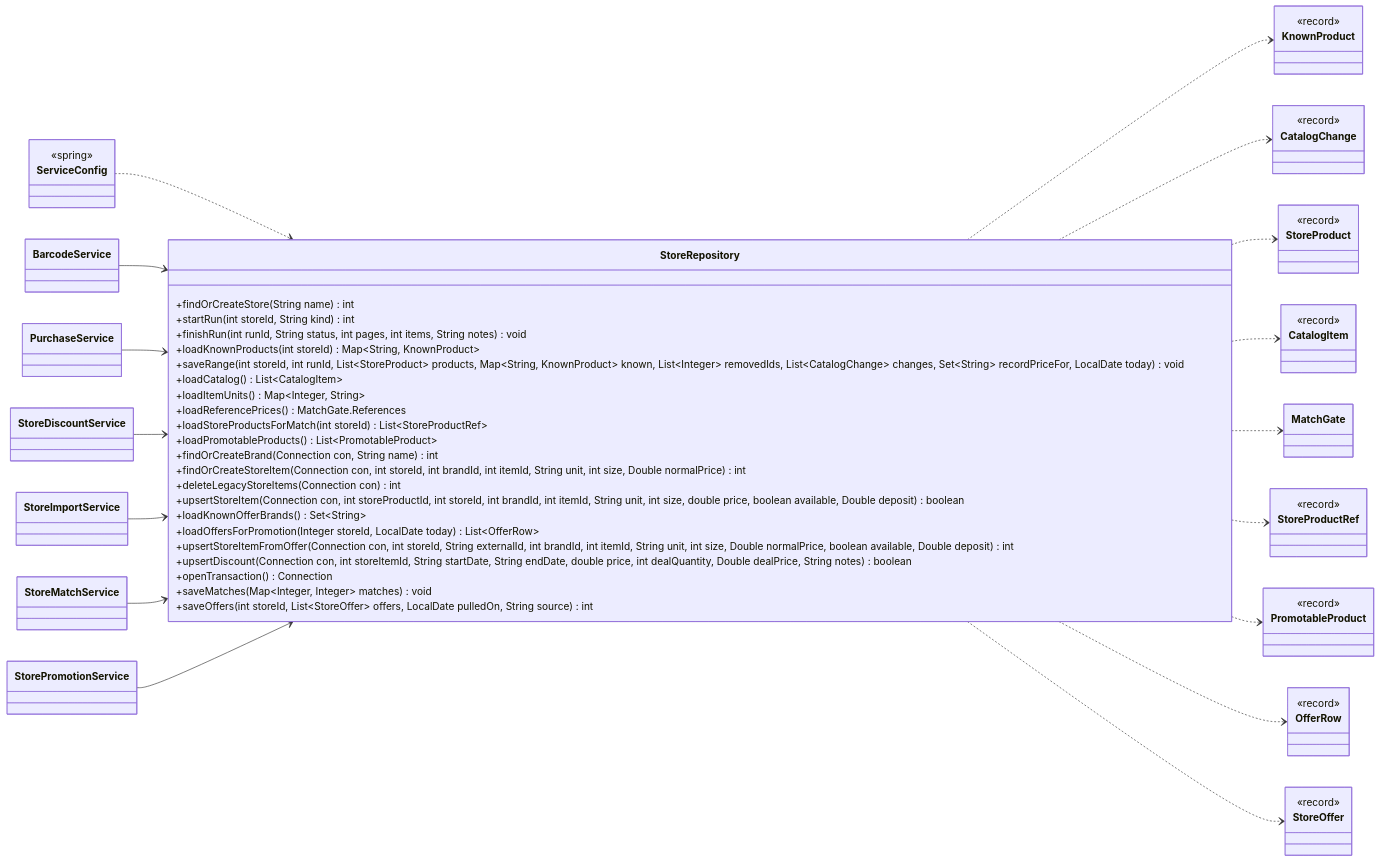
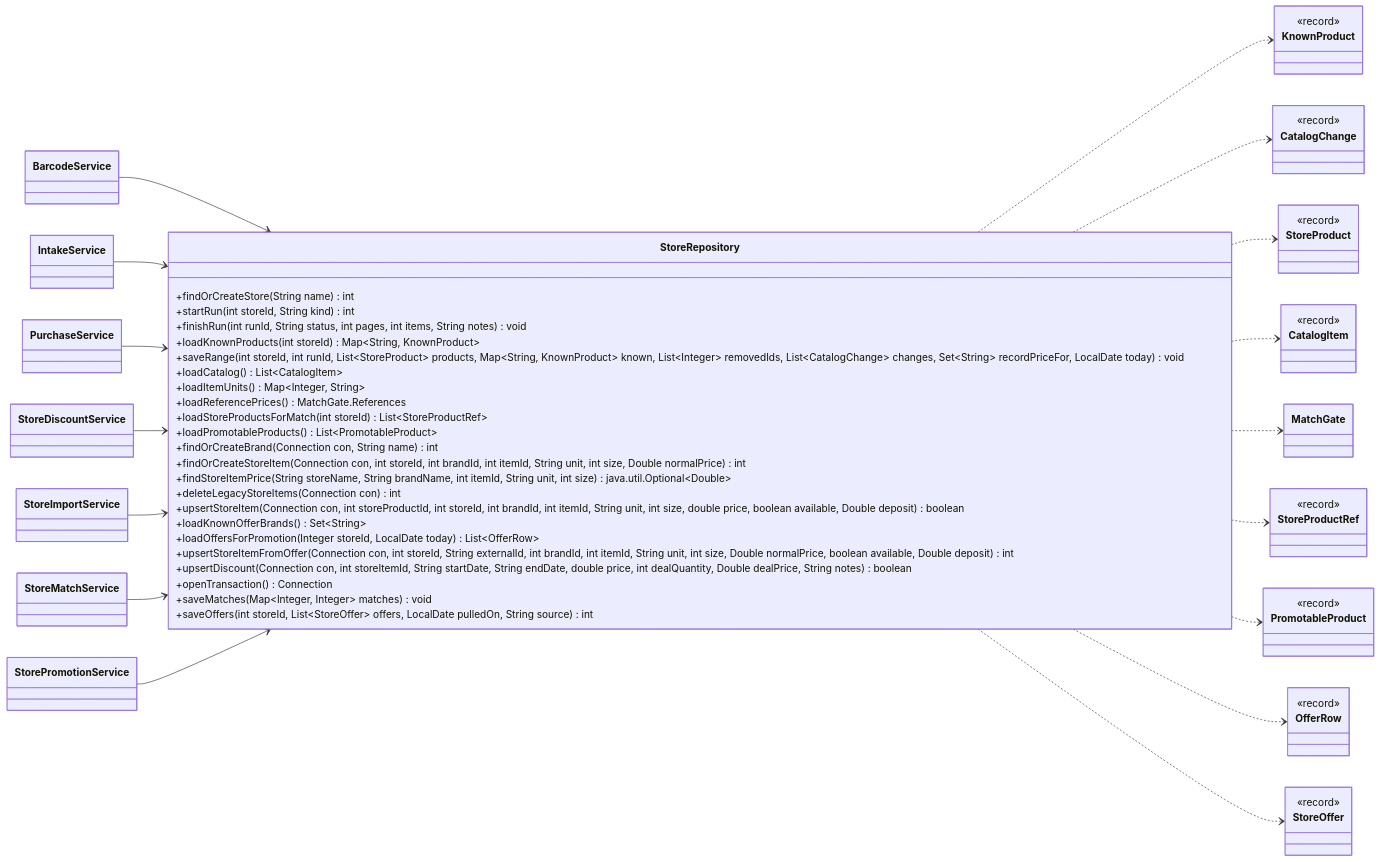
Before and after one commit to Nate-ryan-7690/dahaem: diagram 47 of 48 in docs/classes/stores.md, drawn with Mermaid. The commit also changed other lines of this file and 6 other files, not shown here.

````diff
--- a/docs/classes/stores.md
+++ b/docs/classes/stores.md
@@ -2385,77 +2385,77 @@
 ```mermaid
 classDiagram
     direction LR
     class stores_StoreRepository["StoreRepository"] {
         +findOrCreateStore(String name) int
         +startRun(int storeId, String kind) int
         +finishRun(int runId, String status, int pages, int items, String notes) void
         +loadKnownProducts(int storeId) Map~String, KnownProduct~
         +saveRange(int storeId, int runId, List~StoreProduct~ products, Map~String, KnownProduct~ known, List~Integer~ removedIds, List~CatalogChange~ changes, Set~String~ recordPriceFor, LocalDate today) void
         +loadCatalog() List~CatalogItem~
         +loadItemUnits() Map~Integer, String~
         +loadReferencePrices() MatchGate.References
         +loadStoreProductsForMatch(int storeId) List~StoreProductRef~
         +loadPromotableProducts() List~PromotableProduct~
         +findOrCreateBrand(Connection con, String name) int
         +findOrCreateStoreItem(Connection con, int storeId, int brandId, int itemId, String unit, int size, Double normalPrice) int
+        +findStoreItemPrice(String storeName, String brandName, int itemId, String unit, int size) java.util.Optional~Double~
         +deleteLegacyStoreItems(Connection con) int
         +upsertStoreItem(Connection con, int storeProductId, int storeId, int brandId, int itemId, String unit, int size, double price, boolean available, Double deposit) boolean
         +loadKnownOfferBrands() Set~String~
         +loadOffersForPromotion(Integer storeId, LocalDate today) List~OfferRow~
         +upsertStoreItemFromOffer(Connection con, int storeId, String externalId, int brandId, int itemId, String unit, int size, Double normalPrice, boolean available, Double deposit) int
         +upsertDiscount(Connection con, int storeItemId, String startDate, String endDate, double price, int dealQuantity, Double dealPrice, String notes) boolean
         +openTransaction() Connection
         +saveMatches(Map~Integer, Integer~ matches) void
         +saveOffers(int storeId, List~StoreOffer~ offers, LocalDate pulledOn, String source) int
     }
     class barcode_BarcodeService["BarcodeService"]
+    class barcode_IntakeService["IntakeService"]
     class finance_PurchaseService["PurchaseService"]
     class stores_StoreDiscountService["StoreDiscountService"]
     class stores_StoreImportService["StoreImportService"]
     class stores_StoreMatchService["StoreMatchService"]
     class stores_StorePromotionService["StorePromotionService"]
     class stores_KnownProduct["KnownProduct"] {
         <<record>>
     }
     class stores_CatalogChange["CatalogChange"] {
         <<record>>
     }
     class stores_StoreProduct["StoreProduct"] {
         <<record>>
     }
     class stores_CatalogItem["CatalogItem"] {
         <<record>>
     }
     class stores_MatchGate["MatchGate"]
     class stores_StoreProductRef["StoreProductRef"] {
         <<record>>
     }
     class stores_PromotableProduct["PromotableProduct"] {
         <<record>>
     }
     class stores_OfferRow["OfferRow"] {
         <<record>>
     }
     class stores_StoreOffer["StoreOffer"] {
         <<record>>
     }
-    class api_ServiceConfig["ServiceConfig"] {
-        <<spring>>
-    }
     stores_StoreRepository ..> stores_KnownProduct
     stores_StoreRepository ..> stores_CatalogChange
     stores_StoreRepository ..> stores_StoreProduct
     stores_StoreRepository ..> stores_CatalogItem
     stores_StoreRepository ..> stores_MatchGate
     stores_StoreRepository ..> stores_StoreProductRef
     stores_StoreRepository ..> stores_PromotableProduct
     stores_StoreRepository ..> stores_OfferRow
     stores_StoreRepository ..> stores_StoreOffer
-    api_ServiceConfig ..> stores_StoreRepository
     barcode_BarcodeService --> stores_StoreRepository
+    barcode_IntakeService --> stores_StoreRepository
     finance_PurchaseService --> stores_StoreRepository
     stores_StoreDiscountService --> stores_StoreRepository
     stores_StoreImportService --> stores_StoreRepository
     stores_StoreMatchService --> stores_StoreRepository
     stores_StorePromotionService --> stores_StoreRepository
+    %% 1 more neighbours not drawn
 ```
````
